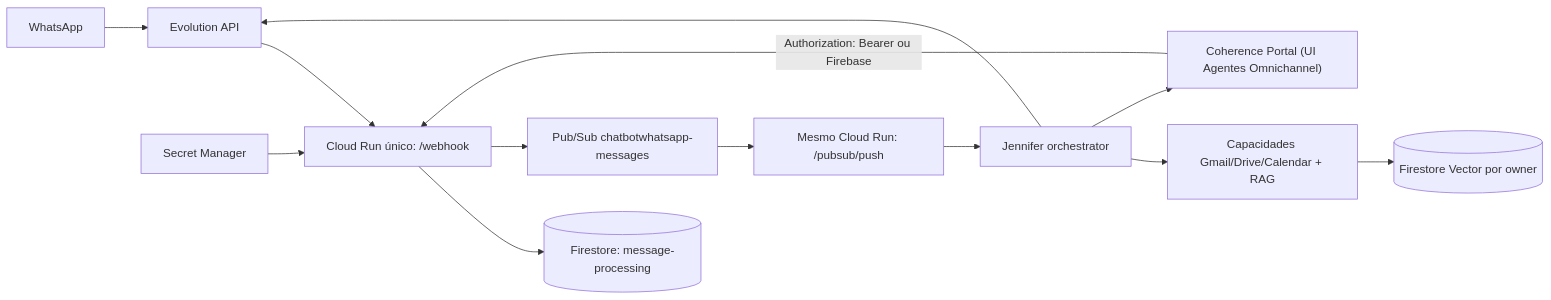
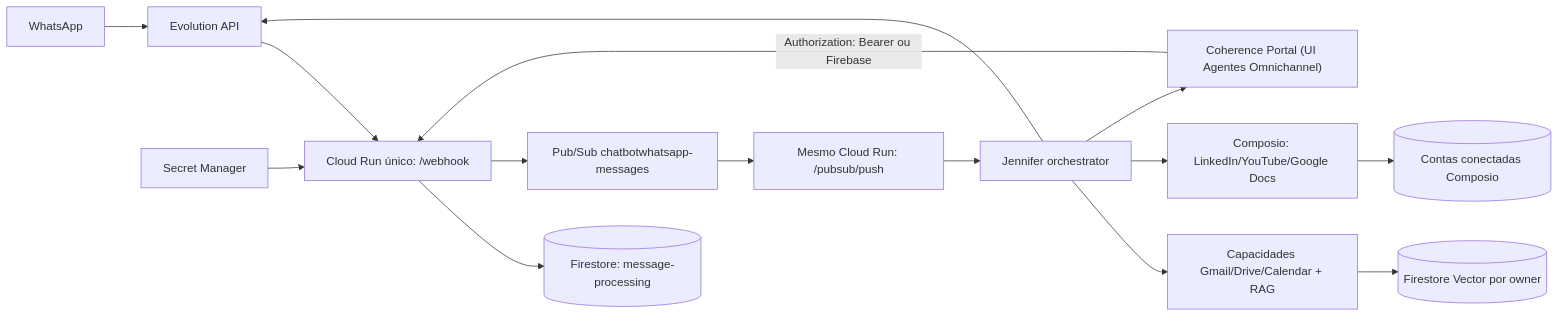
The ninth of 10 diagrams in docs/ARQUITETURA.md (viniciusbritor/ChatBotWhatsapp), drawn with Mermaid before and after one commit. The commit also changed other lines of this file and 4 other files, not shown here.

````diff
--- a/docs/ARQUITETURA.md
+++ b/docs/ARQUITETURA.md
@@ -520,15 +527,17 @@
 ```mermaid
 flowchart LR
     WA["WhatsApp"] --> EVO["Evolution API"]
     EVO --> WEB["Cloud Run único: /webhook"]
     WEB --> LEDGER[("Firestore: message-processing")]
     WEB --> PS["Pub/Sub chatbotwhatsapp-messages"]
     PS --> PUSH["Mesmo Cloud Run: /pubsub/push"]
     PUSH --> ORCH["Jennifer orchestrator"]
     ORCH --> TOOLS["Capacidades Gmail/Drive/Calendar + RAG"]
     TOOLS --> VECT[("Firestore Vector por owner")]
+    ORCH --> COMP["Composio: LinkedIn/YouTube/Google Docs"]
+    COMP --> COMPAC[("Contas conectadas Composio")]
     ORCH --> EVO
     ORCH --> PORTAL["Coherence Portal (UI Agentes Omnichannel)"]
     PORTAL -->|"Authorization: Bearer ou Firebase"| WEB
     SECRETS["Secret Manager"] --> WEB
 ```
````
